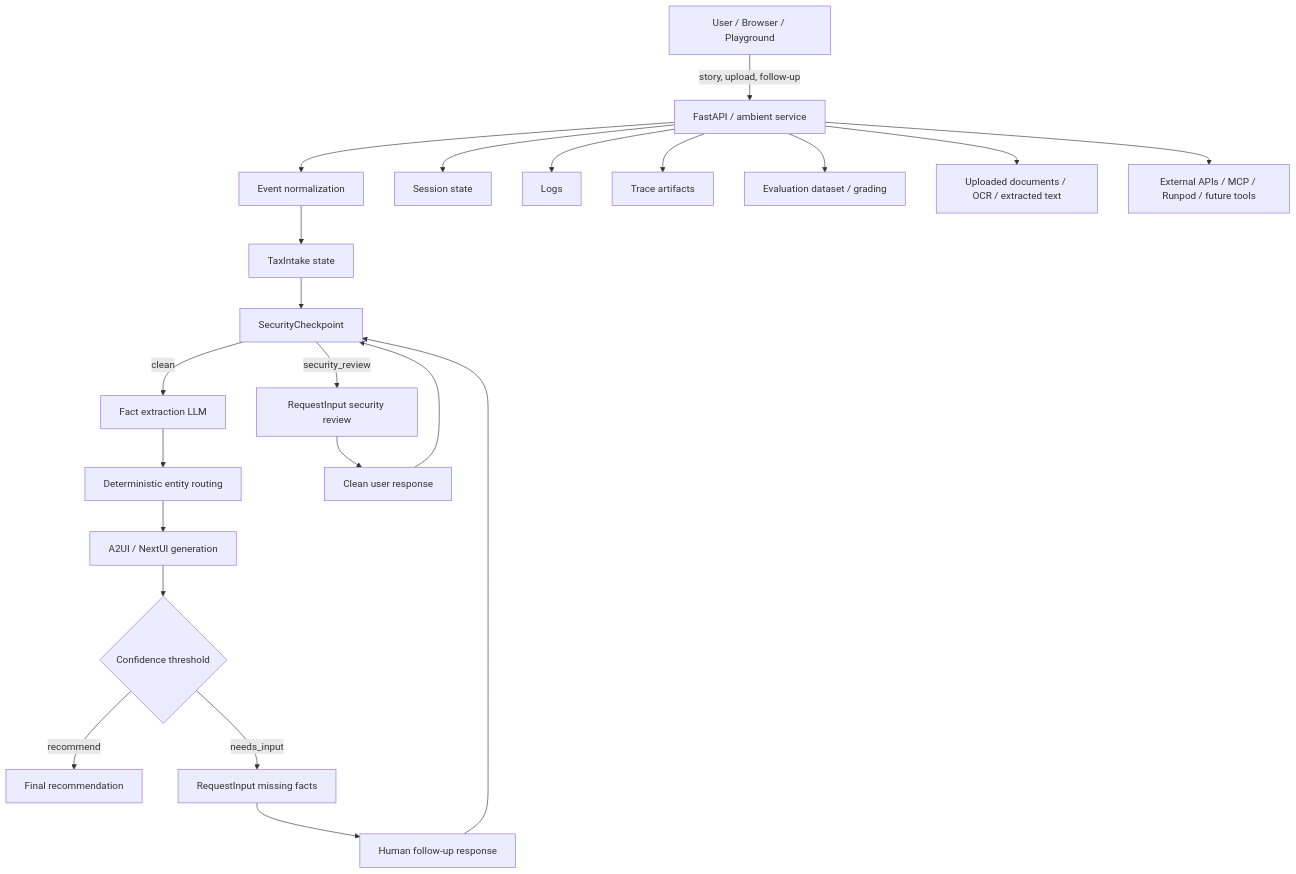
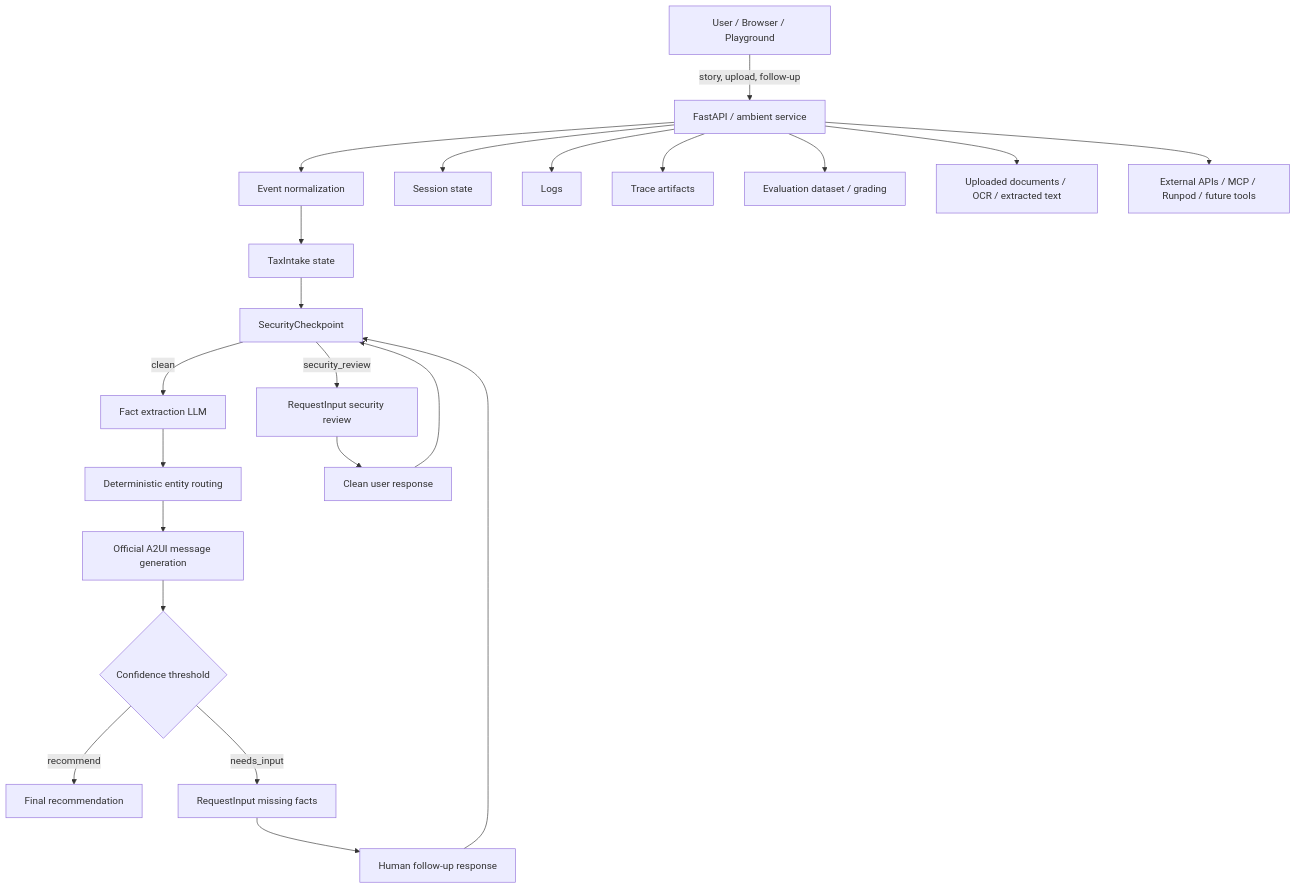
The diagram in tax-concierge-agent/threat_model.md (johnmarkwendler/tax-concierge-agent), drawn with Mermaid before and after one commit. The commit also changed other lines of this file and 9 other files, not shown here.

Commit message:
Implement official A2UI message flow

````diff
--- a/tax-concierge-agent/threat_model.md
+++ b/tax-concierge-agent/threat_model.md
@@ -9,25 +9,25 @@
 ```mermaid
 flowchart TD
   User[User / Browser / Playground] -->|story, upload, follow-up| API[FastAPI / ambient service]
   API --> EVT[Event normalization]
   EVT --> INTAKE[TaxIntake state]
   INTAKE --> SEC[SecurityCheckpoint]
   SEC -->|clean| LLM[Fact extraction LLM]
   SEC -->|security_review| HITL1[RequestInput security review]
   LLM --> ROUTE[Deterministic entity routing]
-  ROUTE --> UI[A2UI / NextUI generation]
+  ROUTE --> UI[Official A2UI message generation]
   UI --> DECIDE{Confidence threshold}
   DECIDE -->|recommend| RECOMMEND[Final recommendation]
   DECIDE -->|needs_input| HITL2[RequestInput missing facts]
   HITL2 --> RESUME[Human follow-up response]
   RESUME --> SEC
   HITL1 --> RESUME2[Clean user response]
   RESUME2 --> SEC
 
   API --> SESSION[Session state]
   API --> LOGS[Logs]
   API --> TRACES[Trace artifacts]
   API --> EVAL[Evaluation dataset / grading]
   API --> DOCS[Uploaded documents / OCR / extracted text]
   API --> EXT[External APIs / MCP / Runpod / future tools]
 ```
````
